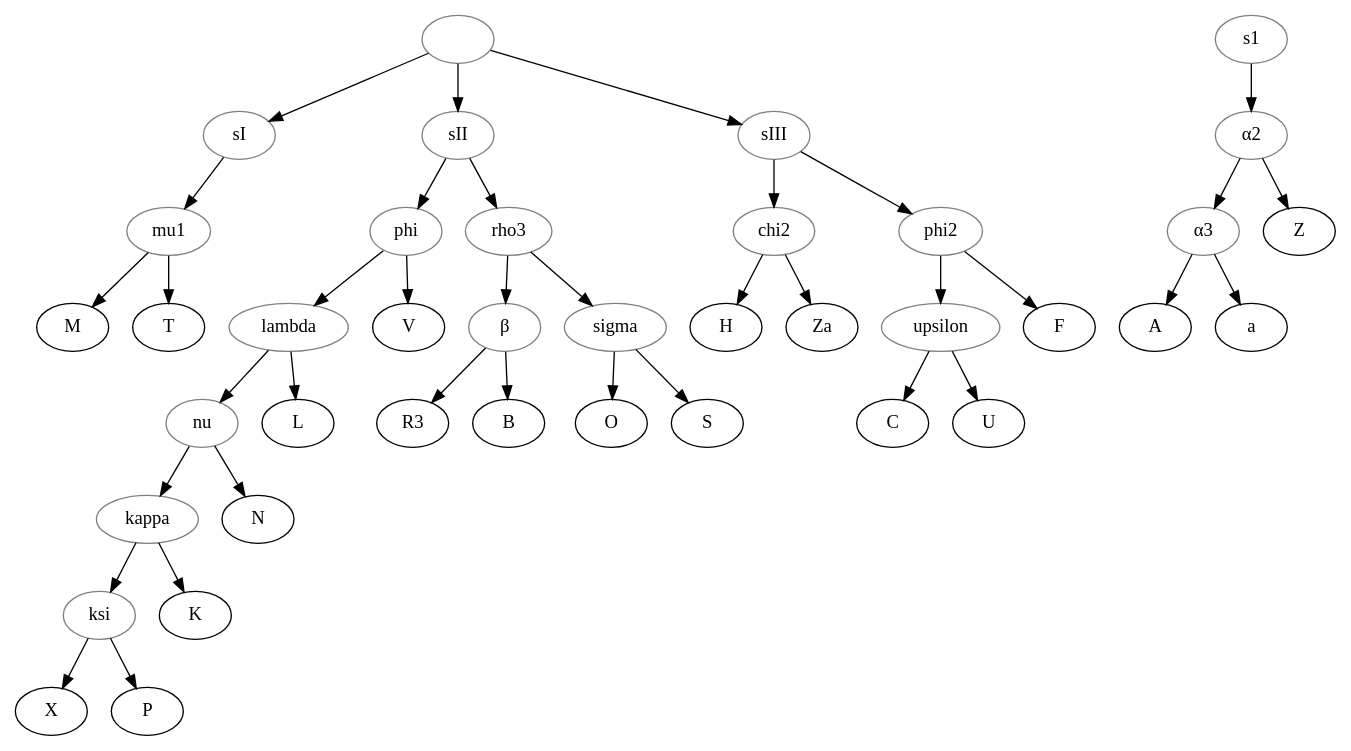
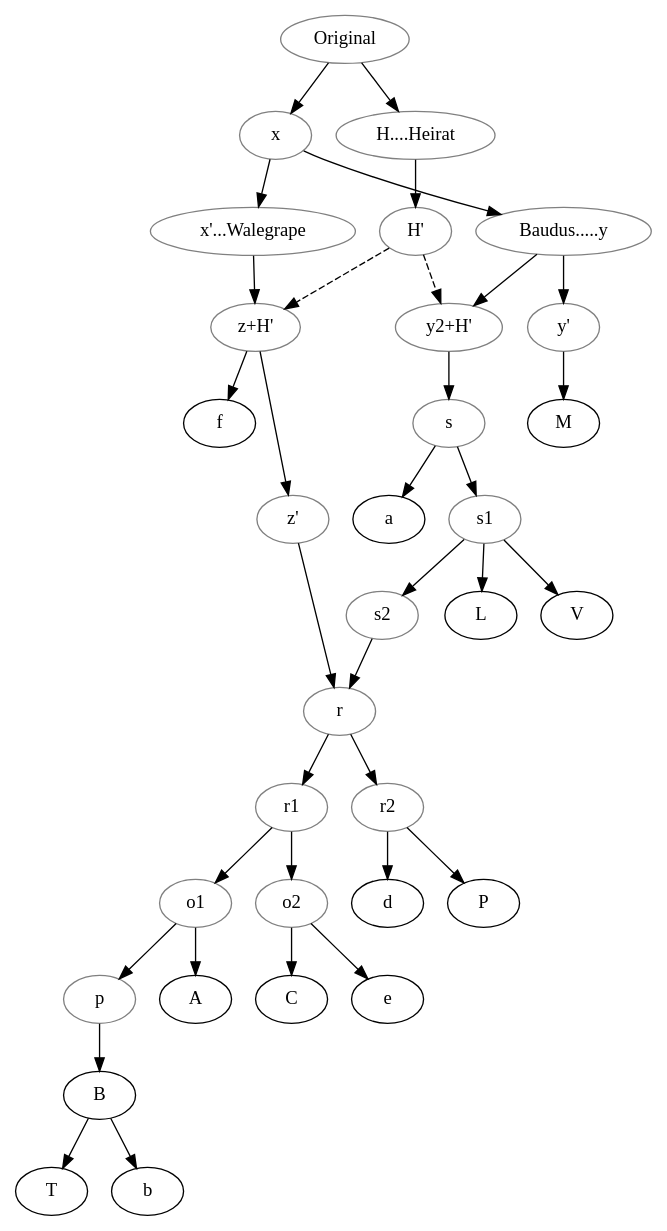
Before and after one commit to OpenStemmata/database: the diagram in data/fro/Rolin_1897_Aliscans2-Rainouart/stemma.gv, drawn with Graphviz. The commit also changed 7 other files, not shown here.

```diff
--- a/data/fro/Rolin_1897_Aliscans2-Rainouart/stemma.gv
+++ b/data/fro/Rolin_1897_Aliscans2-Rainouart/stemma.gv
@@ -1,58 +1,58 @@
 digraph {
-1[label="", color="grey"];
-alpha2[label="α2"color="grey"];
-alpha3[label="α3"color="grey"];
-beta[label="β", color="grey"];
-chi2[color="grey"];
-kappa[color="grey"];
-ksi[color="grey"];
-lambda[color="grey"];
-mu1[color="grey"];
-nu[color="grey"];
-phi[color="grey"];
-phi2[color="grey"];
-rho3[color="grey"];
-s1[color="grey"];
-sI[color="grey"];
-sigma[color="grey"];
-sII[color="grey"];
-sIII[color="grey"];
-upsilon[color="grey"];
-1->sI;
-sI->mu1;
-mu1->M;
-mu1->T;
-s1->alpha2;
-alpha2->Z;
-alpha2->alpha3;
-alpha3->A;
-alpha3->a;
-1->sII;
-sII->rho3;
-rho3->sigma;
-sigma->O;
-sigma->S;
-rho3->beta;
-beta->R3;
-beta->B;
-sII->phi;
-phi->V;
-phi->lambda;
-lambda->L;
-lambda->nu;
-nu->N;
-nu->kappa;
-kappa->K;
-kappa->ksi;
-ksi->X;
-ksi->P;
-1->sIII;
-sIII->chi2;
-chi2->H;
-chi2->Za;
-sIII->phi2;
-phi2->F;
-phi2->upsilon;
-upsilon->C;
-upsilon->U;
+
+Original[color="grey"];
+x[color="grey"];
+y[label="Baudus.....y", color="grey"];
+yprime[label="y'", color="grey"];
+ysec[label="y2+H'", color="grey"]
+xprime[label="x'...Walegrape", color="grey"];
+z[label="z+H'", color="grey"];
+zprime[label="z'", color="grey"];
+H[label="H....Heirat", color="grey"];
+Hprime[label="H'", color="grey"];
+r[color="grey"]
+r1[color="grey"]
+r2[color="grey"]
+o1[color="grey"]
+o2[color="grey"]
+p[color="grey"]
+s[color="grey"]
+s1[color="grey"]
+s2[color="grey"]
+
+Original->x;
+x->y;
+y->yprime;
+yprime->M;
+y->ysec;
+ysec->s;
+s->s1;
+s1->L;
+s1->s2;
+s2->r;
+r->r1;
+r1->o2;
+o2->C;
+o2->e;
+r1->o1;
+o1->A;
+o1->p;
+p->B;
+B->T;
+B->b;
+r->r2;
+r2->d;
+r2->P;
+s1->V;
+s->a;
+x->xprime;
+xprime->z;
+z->zprime;
+zprime->r
+z->f;
+Original->H;
+H->Hprime;
+Hprime->ysec[style="dashed"];
+Hprime->z[style="dashed"];
+
 }
```
